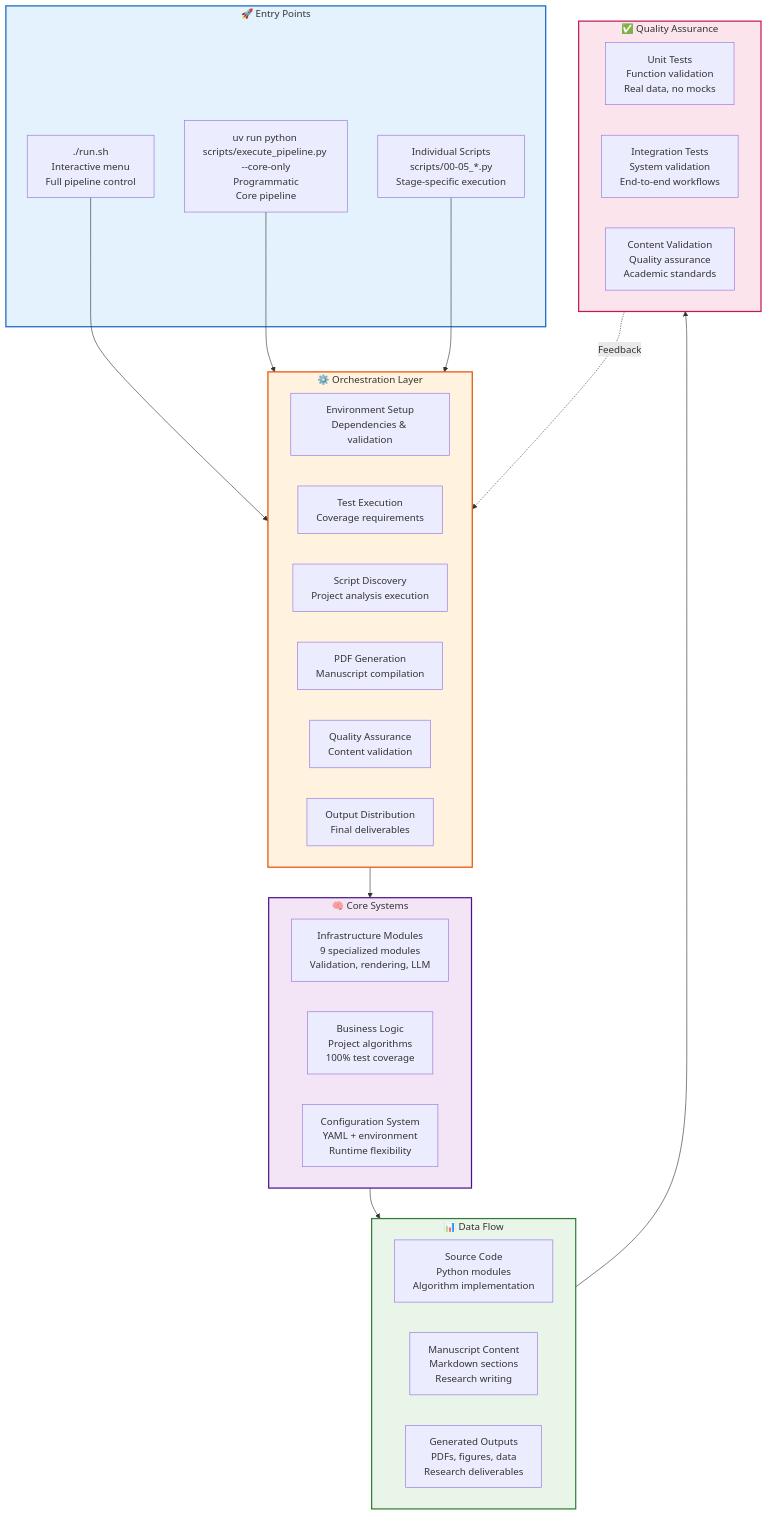
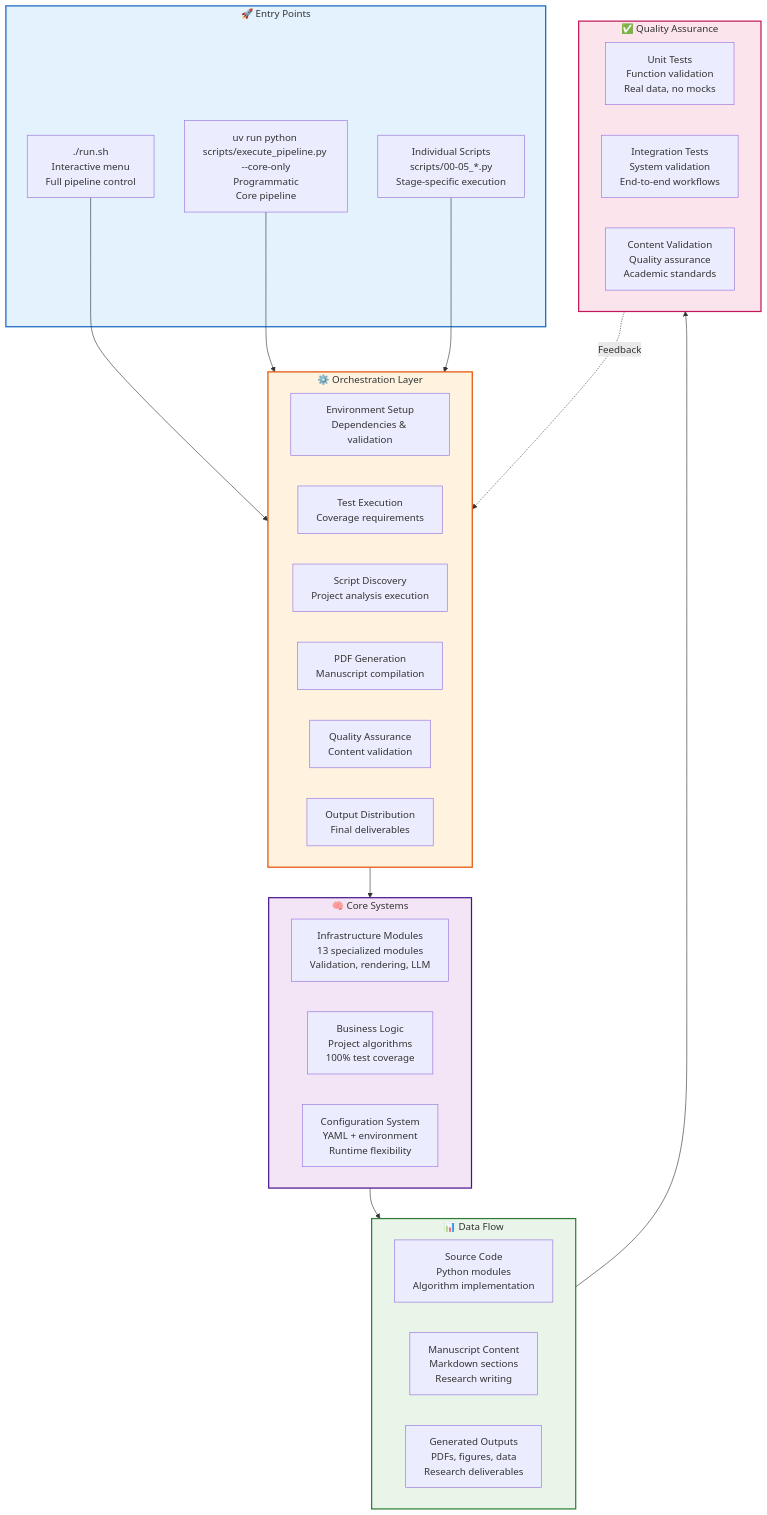
One commit to docxology/template changed the seventh of 14 diagrams in README.md. Above: the diagram before and after it, drawn with Mermaid. The commit also changed other lines of this file and 207 other files, not shown here.

````diff
--- a/README.md
+++ b/README.md
@@ -525,57 +525,57 @@
 ```mermaid
 graph TB
     subgraph Entry["🚀 Entry Points"]
         RUNSH[./run.sh\nInteractive menu\nFull pipeline control]
         RUNALL[uv run python scripts/execute_pipeline.py --core-only\nProgrammatic\nCore pipeline]
         INDIVIDUAL[Individual Scripts\nscripts/00-05_*.py\nStage-specific execution]
     end
 
     subgraph Orchestration["⚙️ Orchestration Layer"]
         SETUP[Environment Setup\nDependencies & validation]
         TESTING[Test Execution\nCoverage requirements]
         ANALYSIS[Script Discovery\nProject analysis execution]
         RENDERING[PDF Generation\nManuscript compilation]
         VALIDATION[Quality Assurance\nContent validation]
         DELIVERY[Output Distribution\nFinal deliverables]
     end
 
     subgraph Core["🧠 Core Systems"]
-        INFRASTRUCTURE[Infrastructure Modules\n9 specialized modules\nValidation, rendering, LLM]
+        INFRASTRUCTURE[Infrastructure Modules\n13 specialized modules\nValidation, rendering, LLM]
         BUSINESS_LOGIC[Business Logic\nProject algorithms\n100% test coverage]
         CONFIGURATION[Configuration System\nYAML + environment\nRuntime flexibility]
     end
 
     subgraph Data["📊 Data Flow"]
         SOURCE_CODE[Source Code\nPython modules\nAlgorithm implementation]
         MANUSCRIPT_CONTENT[Manuscript Content\nMarkdown sections\nResearch writing]
         GENERATED_OUTPUTS[Generated Outputs\nPDFs, figures, data\nResearch deliverables]
     end
 
     subgraph Quality["✅ Quality Assurance"]
         UNIT_TESTS[Unit Tests\nFunction validation\nReal data, no mocks]
         INTEGRATION_TESTS[Integration Tests\nSystem validation\nEnd-to-end workflows]
         VALIDATION_CHECKS[Content Validation\nQuality assurance\nAcademic standards]
     end
 
     RUNSH --> Orchestration
     RUNALL --> Orchestration
     INDIVIDUAL --> Orchestration
 
     Orchestration --> Core
     Core --> Data
     Data --> Quality
 
     Quality -.->|Feedback| Orchestration
 
     classDef entry fill:#e3f2fd,stroke:#1565c0,stroke-width:2px
     classDef orchestration fill:#fff3e0,stroke:#e65100,stroke-width:2px
     classDef core fill:#f3e5f5,stroke:#4a148c,stroke-width:2px
     classDef data fill:#e8f5e8,stroke:#2e7d32,stroke-width:2px
     classDef quality fill:#fce4ec,stroke:#c2185b,stroke-width:2px
 
     class Entry entry
     class Orchestration orchestration
     class Core core
     class Data data
     class Quality quality
 ```
````
